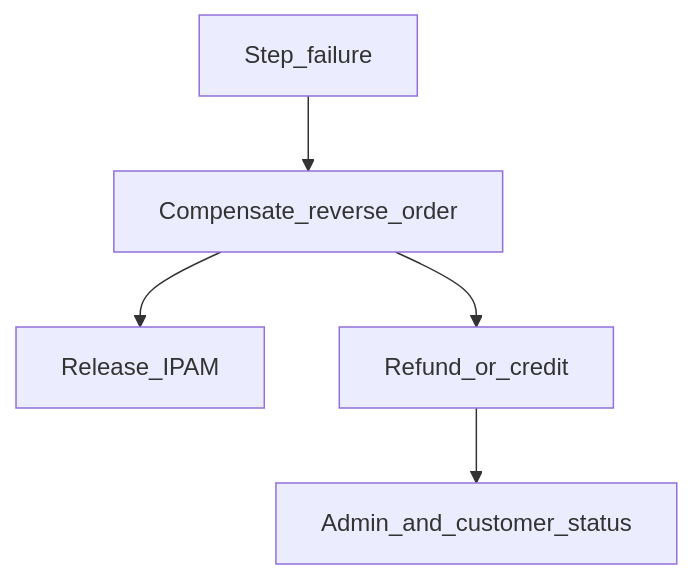
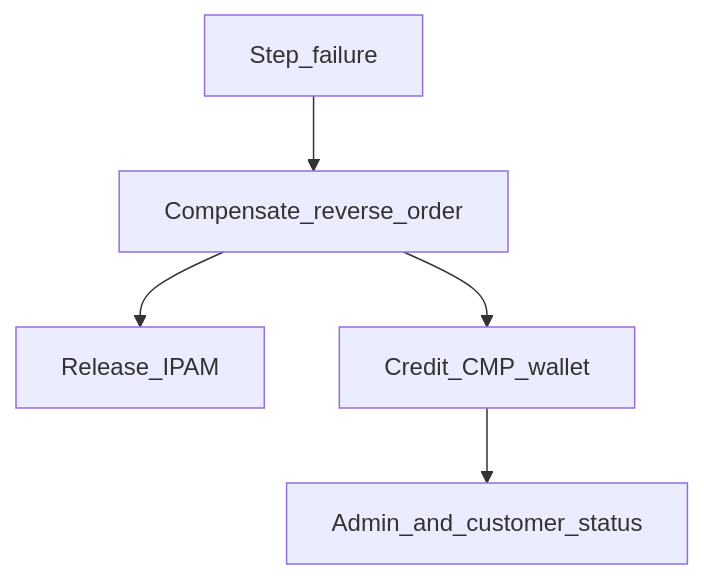
One commit to satish-londhe/admin-docs changed the diagram in docs/engagements/datamount/day-2-and-lifecycle.md. Above: the diagram before and after it, drawn with Mermaid. The commit also changed other lines of this file and 10 other files, not shown here.

````diff
--- a/docs/engagements/datamount/day-2-and-lifecycle.md
+++ b/docs/engagements/datamount/day-2-and-lifecycle.md
@@ -38,7 +38,7 @@
 ```mermaid
 flowchart TB
   Fail[Step_failure] --> Comp[Compensate_reverse_order]
   Comp --> IPAM[Release_IPAM]
-  Comp --> Bill[Refund_or_credit]
+  Comp --> Bill[Credit_CMP_wallet]
   Bill --> Alert[Admin_and_customer_status]
 ```
````
